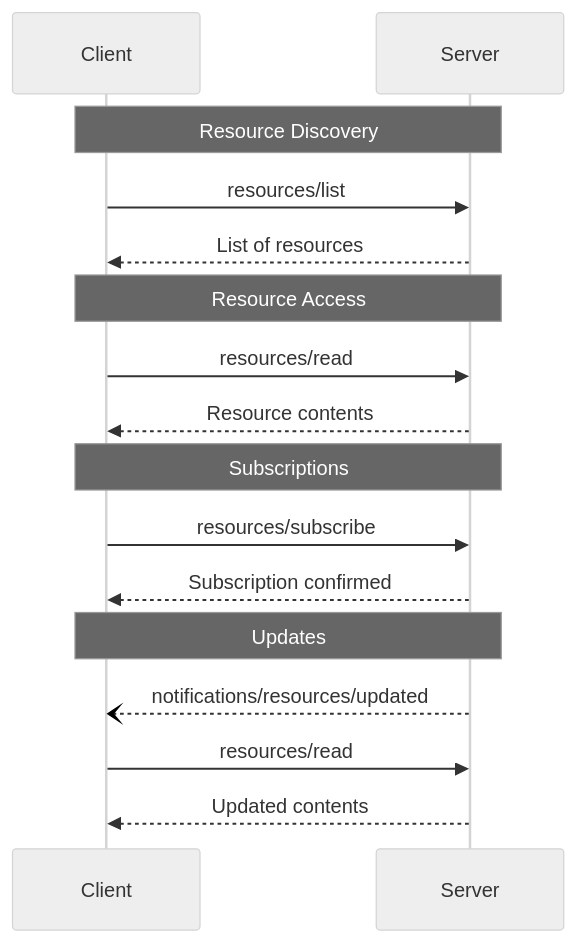
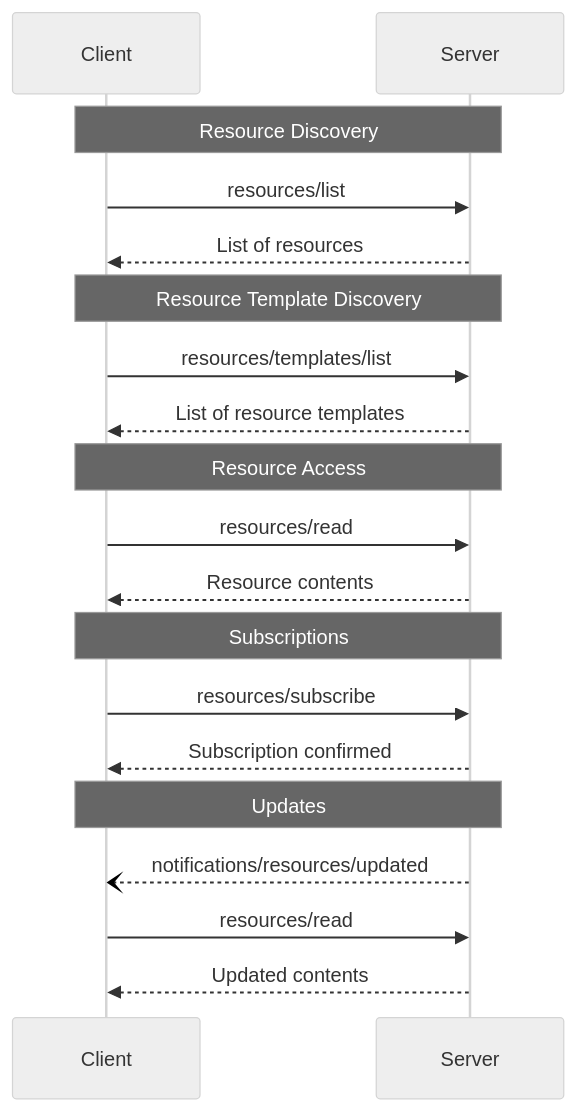
Before and after one commit to modelcontextprotocol/modelcontextprotocol: the diagram in docs/specification/2025-11-25/server/resources.mdx, drawn with Mermaid (neutral theme). The commit also changed 4 other files, not shown here.

````diff
--- a/docs/specification/2025-11-25/server/resources.mdx
+++ b/docs/specification/2025-11-25/server/resources.mdx
@@ -255,22 +255,26 @@
 ```mermaid
 sequenceDiagram
     participant Client
     participant Server
 
     Note over Client,Server: Resource Discovery
     Client->>Server: resources/list
     Server-->>Client: List of resources
+
+    Note over Client,Server: Resource Template Discovery
+    Client->>Server: resources/templates/list
+    Server-->>Client: List of resource templates
 
     Note over Client,Server: Resource Access
     Client->>Server: resources/read
     Server-->>Client: Resource contents
 
     Note over Client,Server: Subscriptions
     Client->>Server: resources/subscribe
     Server-->>Client: Subscription confirmed
 
     Note over Client,Server: Updates
     Server--)Client: notifications/resources/updated
     Client->>Server: resources/read
     Server-->>Client: Updated contents
 ```
````
